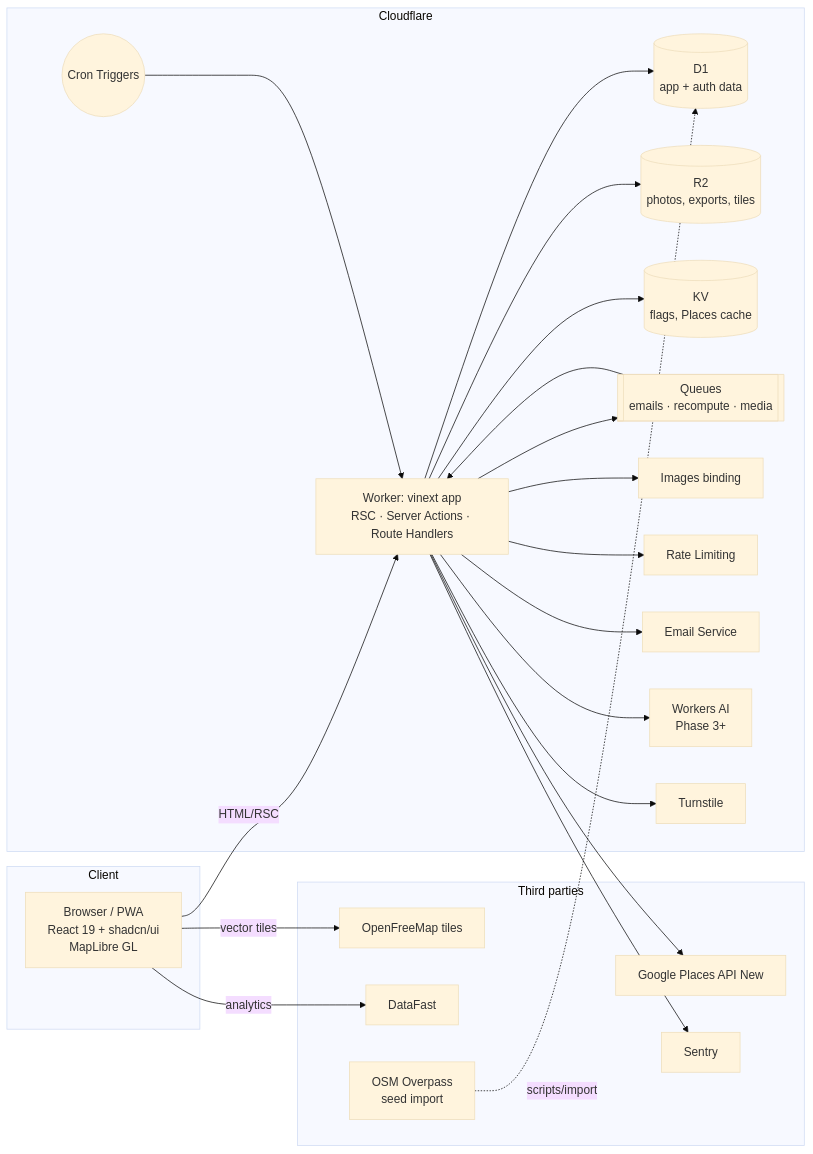
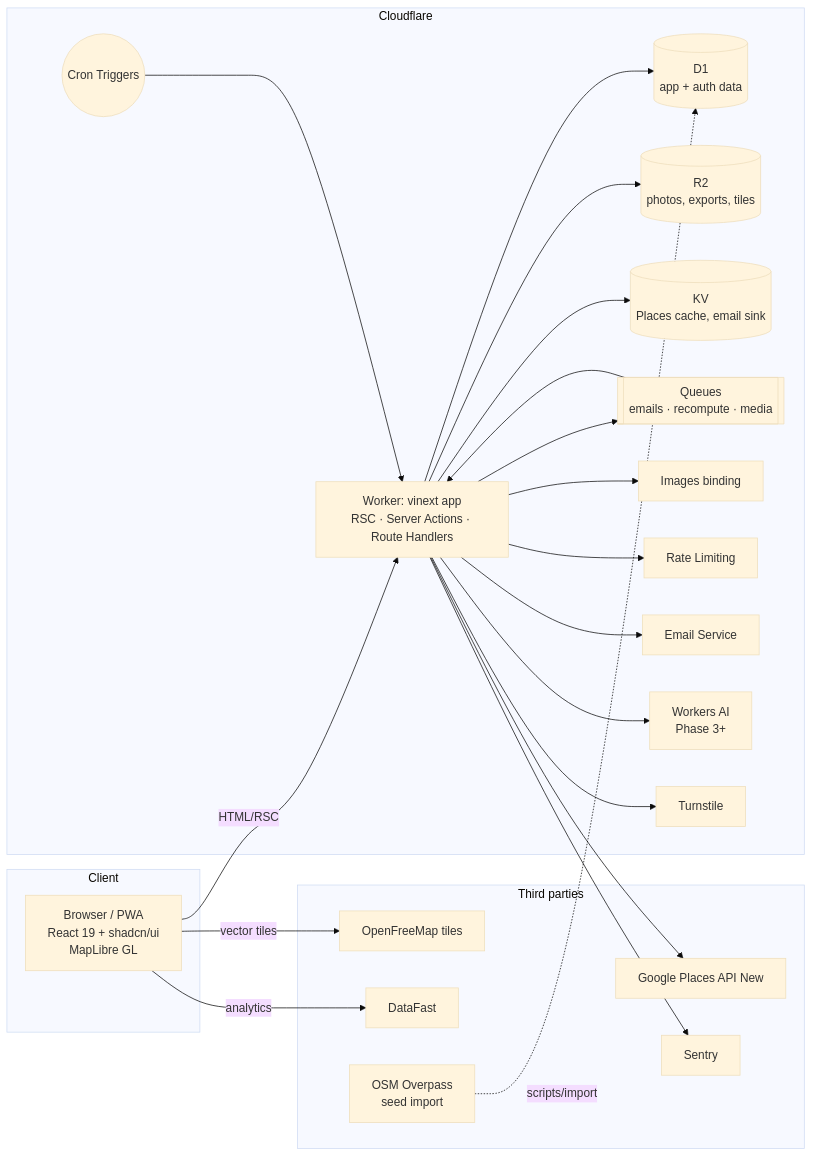
One commit to wahabshaikh/mosques.world changed the diagram in docs/spec/02-architecture.md. Above: the diagram before and after it, drawn with Mermaid (base theme). The commit also changed other lines of this file and 131 other files, not shown here.

````diff
--- a/docs/spec/02-architecture.md
+++ b/docs/spec/02-architecture.md
@@ -5,35 +5,35 @@
 ```mermaid
 flowchart LR
   subgraph Client
     B[Browser / PWA<br/>React 19 + shadcn/ui<br/>MapLibre GL]
   end
   subgraph CF[Cloudflare]
     W[Worker: vinext app<br/>RSC · Server Actions · Route Handlers]
     D1[(D1<br/>app + auth data)]
     R2[(R2<br/>photos, exports, tiles)]
-    KV[(KV<br/>flags, Places cache)]
+    KV[(KV<br/>Places cache, email sink)]
     Q[[Queues<br/>emails · recompute · media]]
     C((Cron Triggers))
     IMG[Images binding]
     RL[Rate Limiting]
     EM[Email Service]
     AI[Workers AI<br/>Phase 3+]
     TS[Turnstile]
   end
   subgraph Third[Third parties]
     GP[Google Places API New]
     OFM[OpenFreeMap tiles]
     DF[DataFast]
     SE[Sentry]
     OSM[OSM Overpass<br/>seed import]
   end
   B -->|HTML/RSC| W
   B -->|vector tiles| OFM
   B -->|analytics| DF
   W --> D1 & R2 & KV & Q & IMG & RL & EM & AI & TS
   Q --> W
   C --> W
   W --> GP
   W --> SE
   OSM -.->|scripts/import| D1
 ```
````
